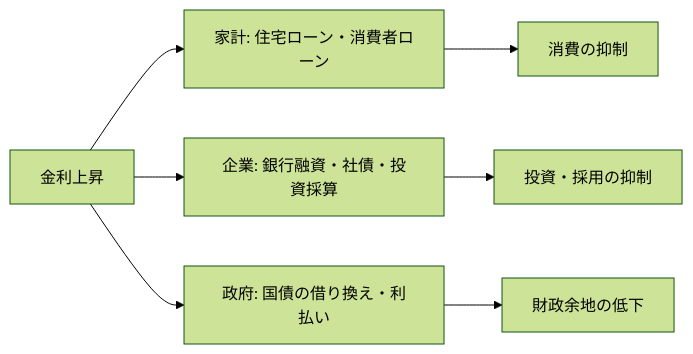
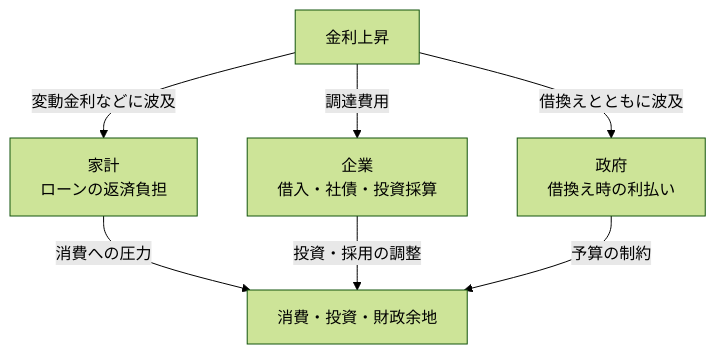
The third of 5 diagrams in articles/report/interest-rate-policy-primer/ja/index.mdx (daylight55/research), drawn with Mermaid (forest theme) before and after one commit. The commit also changed other lines of this file and 181 other files, not shown here.

First line of the commit message:
全記事の図解368点を再生成し、共通注意書きを削除 (#402)

````diff
--- a/articles/report/interest-rate-policy-primer/ja/index.mdx
+++ b/articles/report/interest-rate-policy-primer/ja/index.mdx
@@ -91,9 +103,16 @@
 ```mermaid
-flowchart LR
-  R["金利上昇"] --> HH["家計: 住宅ローン・消費者ローン"]
-  R --> CO["企業: 銀行融資・社債・投資採算"]
-  R --> GOV["政府: 国債の借り換え・利払い"]
-  HH --> DEM["消費の抑制"]
-  CO --> INV["投資・採用の抑制"]
-  GOV --> FISC["財政余地の低下"]
+flowchart TD
+  accTitle: 家計・企業・政府への金利上昇の影響
+  accDescr: 住宅ローン、設備投資、国債借り換えでは負担が現れる時期と経路が違う。
+  N0["金利上昇"]
+  N1["家計<br/>ローンの返済負担"]
+  N2["企業<br/>借入・社債・投資採算"]
+  N3["政府<br/>借換え時の利払い"]
+  N4["消費・投資・財政余地"]
+  N0 -->|変動金利などに波及| N1
+  N0 -->|調達費用| N2
+  N0 -->|借換えとともに波及| N3
+  N1 -->|消費への圧力| N4
+  N2 -->|投資・採用の調整| N4
+  N3 -->|予算の制約| N4
 ```
````
